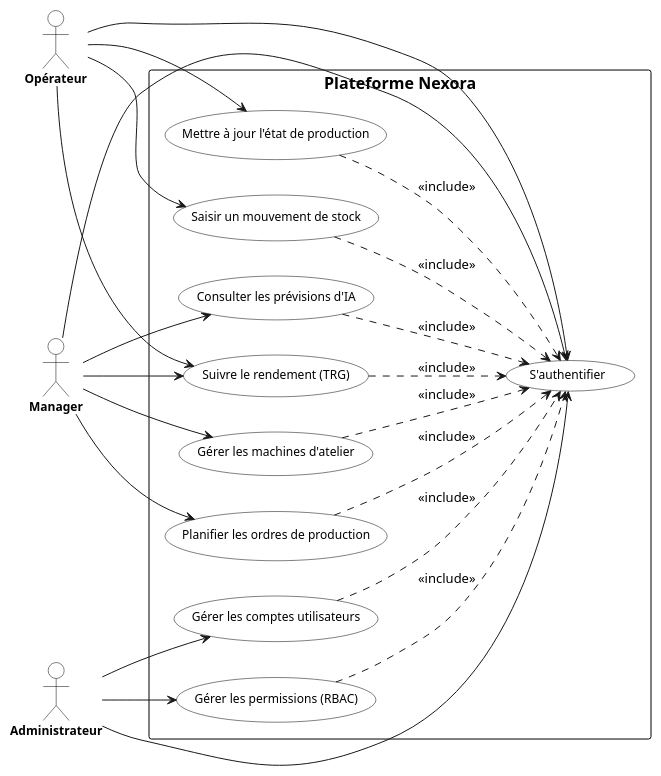
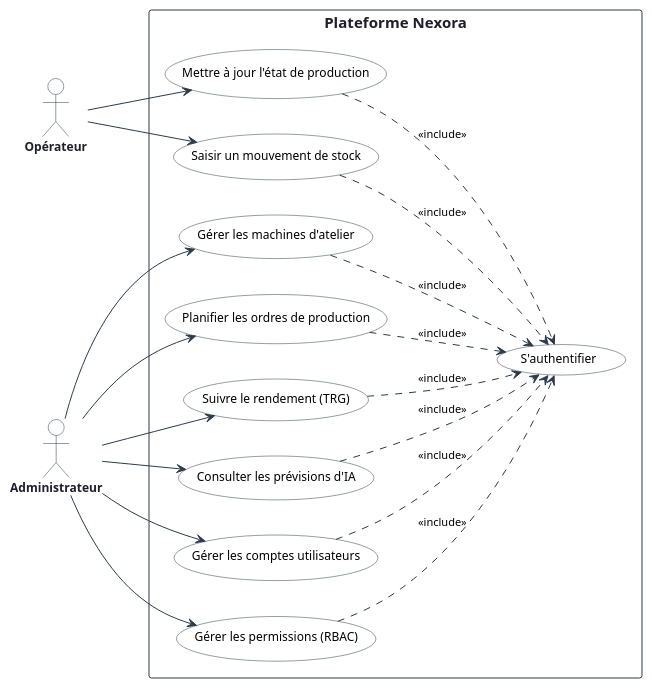
Before and after one commit to ayoubmek/PFE_data_science: the diagram in Rapport/diagrams/global_usecase.puml, drawn with PlantUML. The commit also changed 142 other files, not shown here.

```diff
--- a/Rapport/diagrams/global_usecase.puml
+++ b/Rapport/diagrams/global_usecase.puml
@@ -1,65 +1,74 @@
 @startuml global_usecase
 left to right direction
+skinparam packageStyle rectangle
+skinparam shadowing false
+
 skinparam usecase {
     BackgroundColor White
-    BorderColor Black
+    BorderColor #2B3A4A
+    ArrowColor #2B3A4A
     FontSize 12
     FontName Arial
 }
+
 skinparam actor {
     BackgroundColor White
-    BorderColor Black
-    FontColor Black
+    BorderColor #2B3A4A
+    FontColor #1E1E2D
     FontSize 12
     FontName Arial
     FontStyle bold
 }
+
 skinparam rectangle {
     BackgroundColor White
-    BorderColor Black
-    FontSize 16
+    BorderColor #2B3A4A
+    FontSize 15
     FontName Arial
     FontStyle bold
-    FontColor Black
+    FontColor #1E1E2D
+}
+
+skinparam arrow {
+    Color #2B3A4A
+    FontName Arial
+    FontSize 11
 }
 
 actor "Opérateur" as OPE
-actor "Manager" as MGR
 actor "Administrateur" as ADM
 
 rectangle "Plateforme Nexora" {
     usecase "S'authentifier" as UC0
     usecase "Mettre à jour l'état de production" as UC1
     usecase "Saisir un mouvement de stock" as UC2
     usecase "Gérer les machines d'atelier" as UC3
     usecase "Planifier les ordres de production" as UC4
     usecase "Suivre le rendement (TRG)" as UC5
     usecase "Consulter les prévisions d'IA" as UC6
     usecase "Gérer les comptes utilisateurs" as UC7
     usecase "Gérer les permissions (RBAC)" as UC8
 }
 
-OPE --> UC0
+' Associations Opérateur
 OPE --> UC1
 OPE --> UC2
-OPE --> UC5
 
-MGR --> UC0
-MGR --> UC3
-MGR --> UC4
-MGR --> UC5
-MGR --> UC6
-
-ADM --> UC0
+' Associations Administrateur
+ADM --> UC3
+ADM --> UC4
+ADM --> UC5
+ADM --> UC6
 ADM --> UC7
 ADM --> UC8
 
+' Relations d'inclusion
 UC1 ..> UC0 : <<include>>
 UC2 ..> UC0 : <<include>>
 UC3 ..> UC0 : <<include>>
 UC4 ..> UC0 : <<include>>
 UC5 ..> UC0 : <<include>>
 UC6 ..> UC0 : <<include>>
 UC7 ..> UC0 : <<include>>
 UC8 ..> UC0 : <<include>>
 @enduml
```
